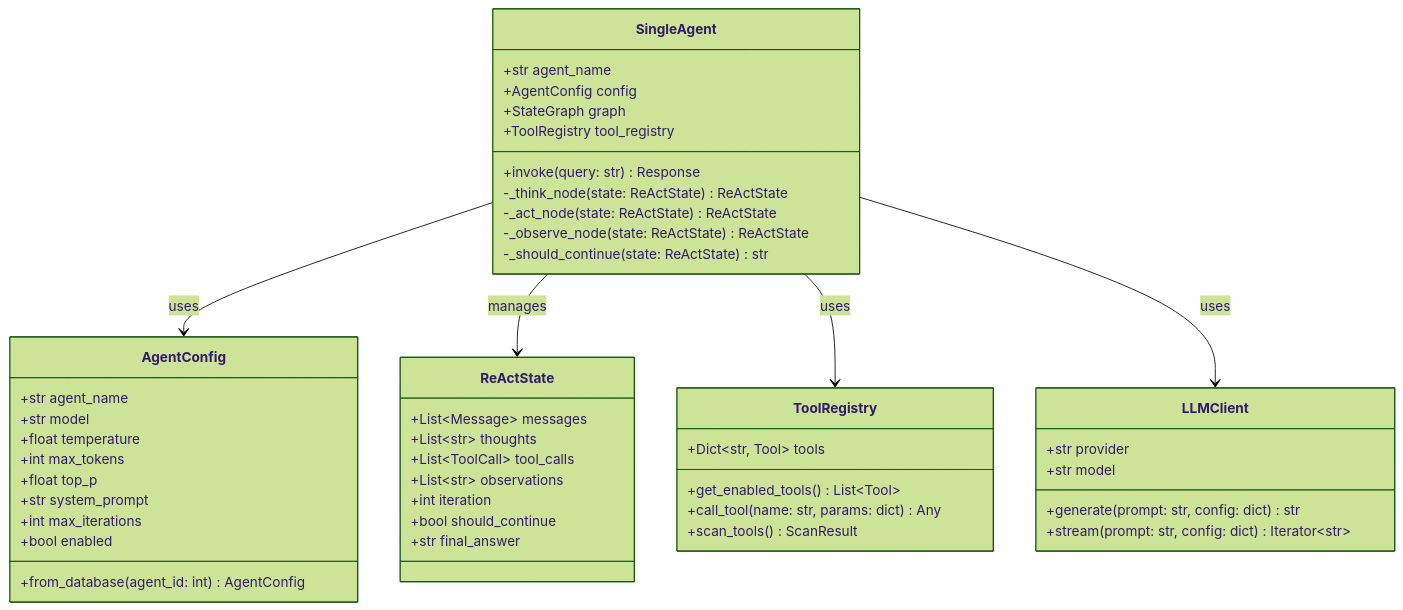
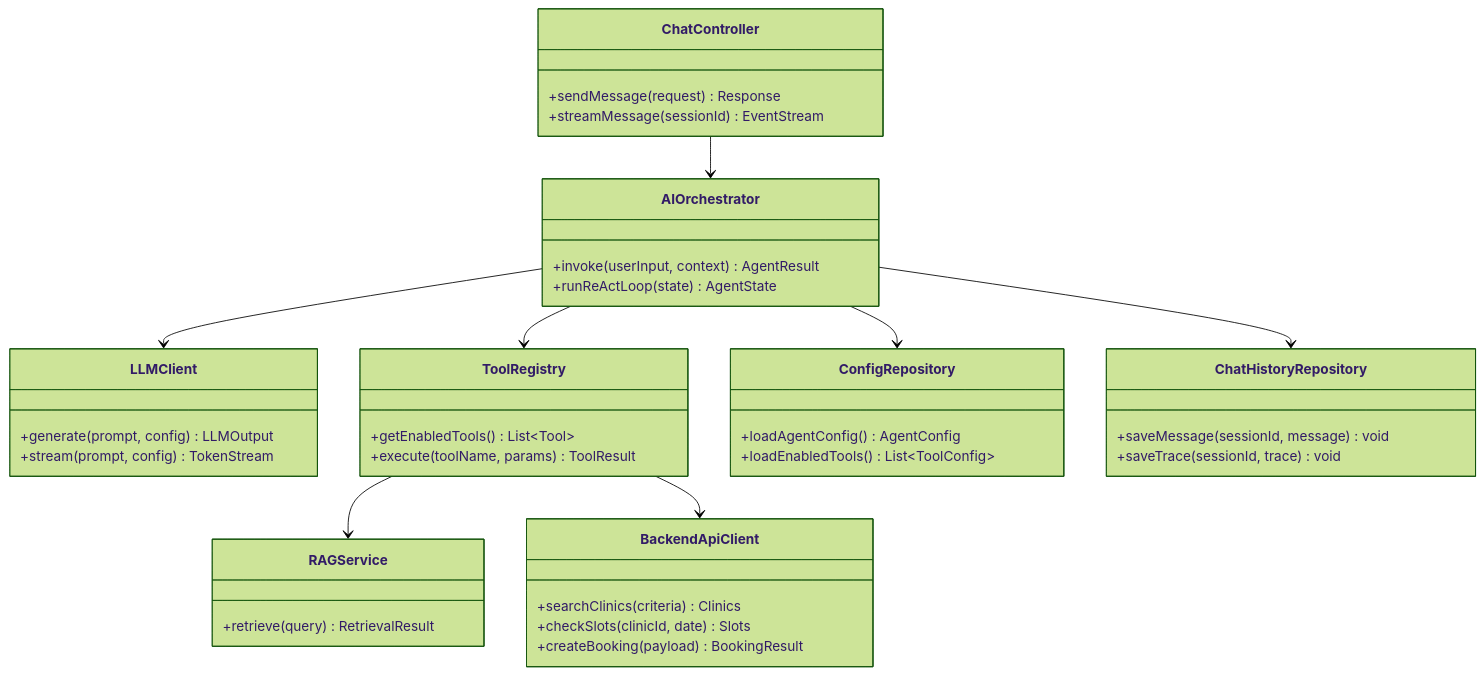
The fifth of 5 diagrams in docs-references/documentation/EVALUATION_ANSWERS_AND_SLIDES.md (espresso23/Petties-Veterinary-Appointment-Booking-Platform), drawn with Mermaid (forest theme) before and after one commit. The commit also changed other lines of this file and 21 other files, not shown here.

````diff
--- a/docs-references/documentation/EVALUATION_ANSWERS_AND_SLIDES.md
+++ b/docs-references/documentation/EVALUATION_ANSWERS_AND_SLIDES.md
@@ -428,55 +347,50 @@
 ```mermaid
 classDiagram
-    class SingleAgent {
-        +str agent_name
-        +AgentConfig config
-        +StateGraph graph
-        +ToolRegistry tool_registry
-        +invoke(query: str) Response
-        -_think_node(state: ReActState) ReActState
-        -_act_node(state: ReActState) ReActState
-        -_observe_node(state: ReActState) ReActState
-        -_should_continue(state: ReActState) str
+    class ChatController {
+        +sendMessage(request) Response
+        +streamMessage(sessionId) EventStream
     }
 
-    class AgentConfig {
-        +str agent_name
-        +str model
-        +float temperature
-        +int max_tokens
-        +float top_p
-        +str system_prompt
-        +int max_iterations
-        +bool enabled
-        +from_database(agent_id: int) AgentConfig
+    class AIOrchestrator {
+        +invoke(userInput, context) AgentResult
+        +runReActLoop(state) AgentState
     }
 
-    class ReActState {
-        +List~Message~ messages
-        +List~str~ thoughts
-        +List~ToolCall~ tool_calls
-        +List~str~ observations
-        +int iteration
-        +bool should_continue
-        +str final_answer
+    class LLMClient {
+        +generate(prompt, config) LLMOutput
+        +stream(prompt, config) TokenStream
     }
 
     class ToolRegistry {
-        +Dict~str, Tool~ tools
-        +get_enabled_tools() List~Tool~
-        +call_tool(name: str, params: dict) Any
-        +scan_tools() ScanResult
+        +getEnabledTools() List~Tool~
+        +execute(toolName, params) ToolResult
     }
 
-    class LLMClient {
-        +str provider
-        +str model
-        +generate(prompt: str, config: dict) str
-        +stream(prompt: str, config: dict) Iterator~str~
+    class RAGService {
+        +retrieve(query) RetrievalResult
     }
 
-    SingleAgent --> AgentConfig : uses
-    SingleAgent --> ReActState : manages
-    SingleAgent --> ToolRegistry : uses
-    SingleAgent --> LLMClient : uses
+    class BackendApiClient {
+        +searchClinics(criteria) Clinics
+        +checkSlots(clinicId, date) Slots
+        +createBooking(payload) BookingResult
+    }
+
+    class ConfigRepository {
+        +loadAgentConfig() AgentConfig
+        +loadEnabledTools() List~ToolConfig~
+    }
+
+    class ChatHistoryRepository {
+        +saveMessage(sessionId, message) void
+        +saveTrace(sessionId, trace) void
+    }
+
+    ChatController --> AIOrchestrator
+    AIOrchestrator --> ConfigRepository
+    AIOrchestrator --> LLMClient
+    AIOrchestrator --> ToolRegistry
+    ToolRegistry --> RAGService
+    ToolRegistry --> BackendApiClient
+    AIOrchestrator --> ChatHistoryRepository
 ```
````
